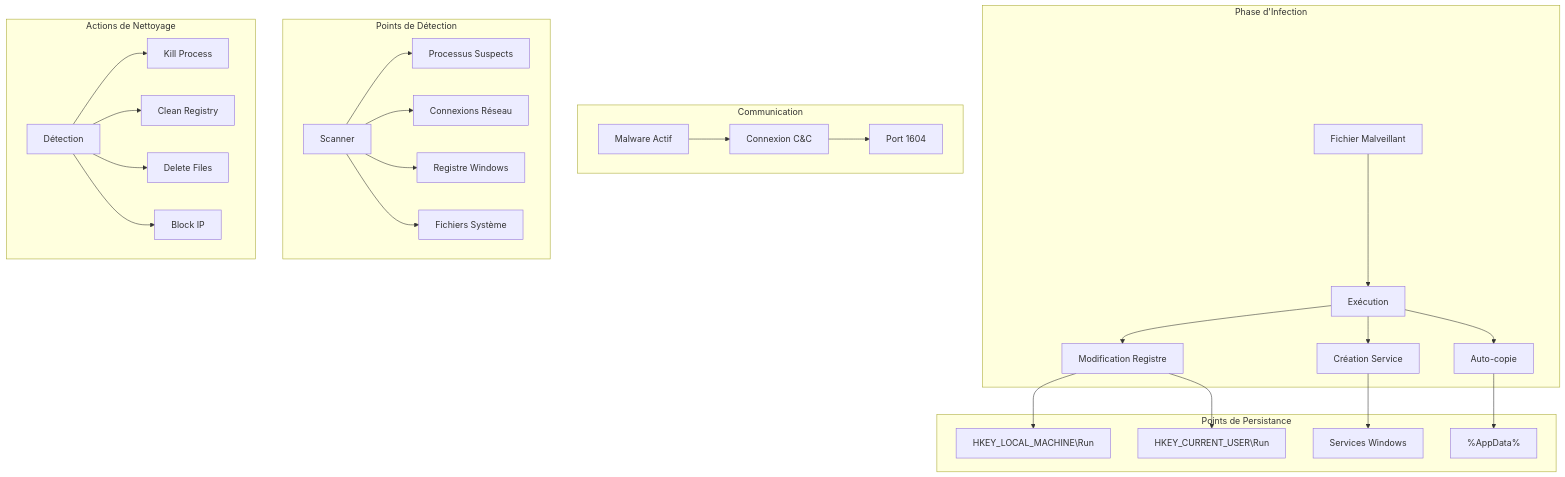
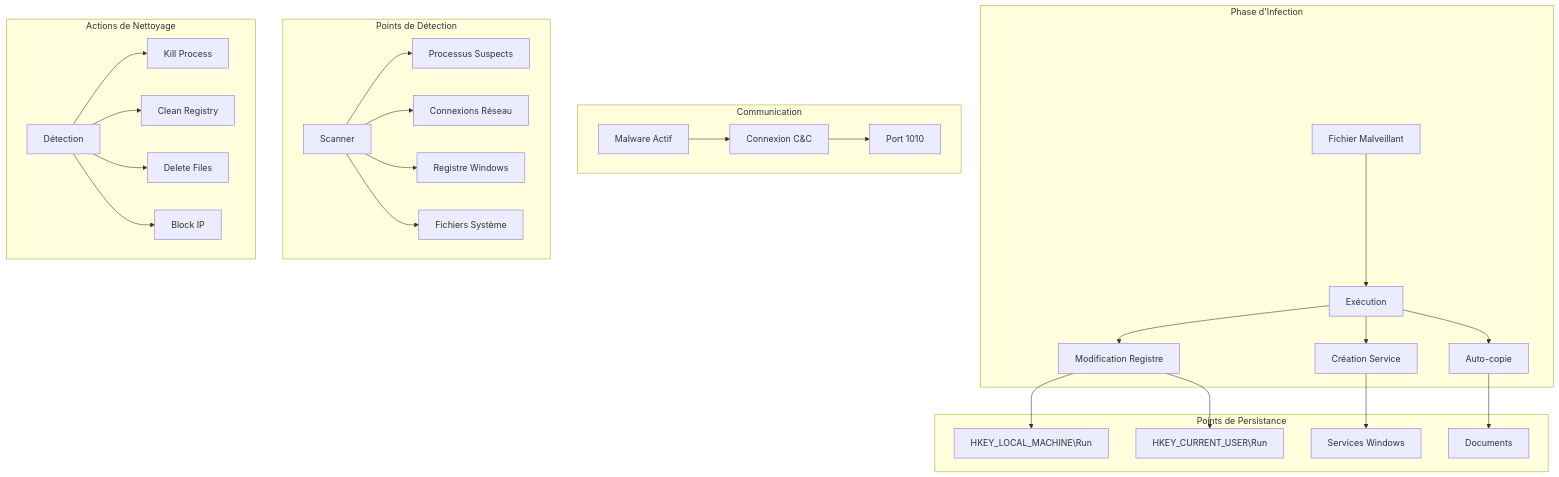
The diagram in malware-architecture.md (dgthegeek/mal-track), drawn with Mermaid before and after one commit. The commit also changed 5 other files, not shown here.

````diff
--- a/malware-architecture.md
+++ b/malware-architecture.md
@@ -1,35 +1,35 @@
 ```mermaid
 graph TD
     subgraph "Phase d'Infection"
         A[Fichier Malveillant] --> B[Exécution]
         B --> C[Auto-copie]
         B --> D[Modification Registre]
         B --> E[Création Service]
     end
 
     subgraph "Points de Persistance"
         D --> F[HKEY_LOCAL_MACHINE\Run]
         D --> G[HKEY_CURRENT_USER\Run]
         E --> H[Services Windows]
-        C --> I[%AppData%]
+        C --> I[Documents]
     end
 
     subgraph "Communication"
         J[Malware Actif] --> K[Connexion C&C]
-        K --> L[Port 1604]
+        K --> L[Port 1010]
     end
 
     subgraph "Points de Détection"
         M[Scanner] --> N[Processus Suspects]
         M --> O[Connexions Réseau]
         M --> P[Registre Windows]
         M --> Q[Fichiers Système]
     end
 
     subgraph "Actions de Nettoyage"
         R[Détection] --> S[Kill Process]
         R --> T[Clean Registry]
         R --> U[Delete Files]
         R --> V[Block IP]
     end
 ```
````
